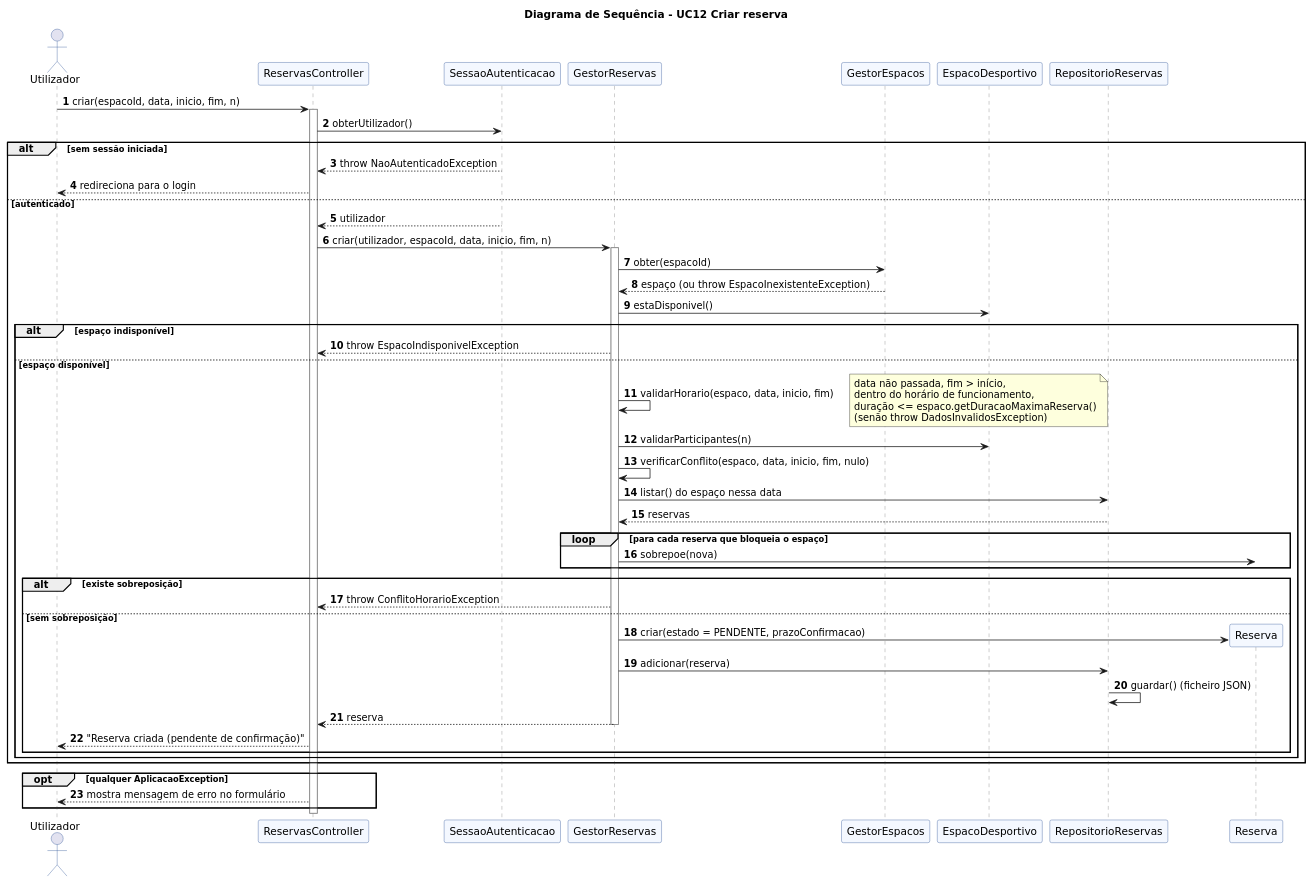
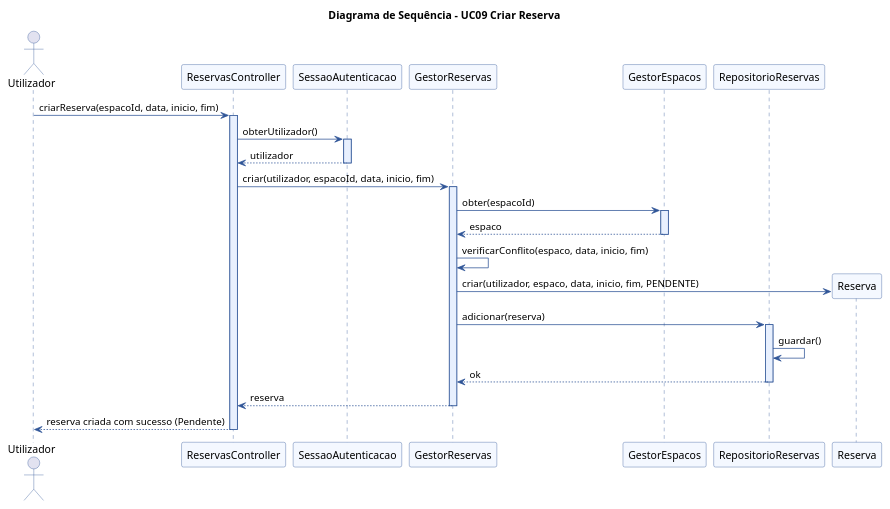
One commit to SilvaCDC297/ProjetoPOO changed the diagram in DA_JS_LP/E1/08_sequencia_criar_reserva.puml. Above: the diagram before and after it, drawn with PlantUML. The commit also changed 16 other files, not shown here.

```diff
--- a/DA_JS_LP/E1/08_sequencia_criar_reserva.puml
+++ b/DA_JS_LP/E1/08_sequencia_criar_reserva.puml
@@ -1,67 +1,54 @@
 @startuml
-title Diagrama de Sequência – UC12 Criar reserva
+title Diagrama de Sequência – UC09 Criar Reserva
 skinparam shadowing false
-skinparam defaultFontName DejaVu Sans
+skinparam defaultFontName "Segoe UI"
 skinparam sequence {
   ParticipantBackgroundColor #F4F8FF
   ParticipantBorderColor #2F5597
   ActorBorderColor #2F5597
-  LifeLineBorderColor #7F7F7F
+  LifeLineBorderColor #2F5597
+  LifeLineBackgroundColor #E8F0FE
+  ArrowColor #2F5597
 }
-autonumber
+
 actor Utilizador
 participant ReservasController
 participant SessaoAutenticacao
 participant GestorReservas
 participant GestorEspacos
-participant EspacoDesportivo
 participant RepositorioReservas
 participant Reserva
 
-Utilizador -> ReservasController : criar(espacoId, data, inicio, fim, n)
+Utilizador -> ReservasController : criarReserva(espacoId, data, inicio, fim)
 activate ReservasController
+
 ReservasController -> SessaoAutenticacao : obterUtilizador()
-alt sem sessão iniciada
-  SessaoAutenticacao --> ReservasController : throw NaoAutenticadoException
-  ReservasController --> Utilizador : redireciona para o login
-else autenticado
-  SessaoAutenticacao --> ReservasController : utilizador
-  ReservasController -> GestorReservas : criar(utilizador, espacoId, data, inicio, fim, n)
-  activate GestorReservas
-  GestorReservas -> GestorEspacos : obter(espacoId)
-  GestorEspacos --> GestorReservas : espaço (ou throw EspacoInexistenteException)
-  GestorReservas -> EspacoDesportivo : estaDisponivel()
-  alt espaço indisponível
-    GestorReservas --> ReservasController : throw EspacoIndisponivelException
-  else espaço disponível
-    GestorReservas -> GestorReservas : validarHorario(espaco, data, inicio, fim)
-    note right
-      data não passada, fim > início,
-      dentro do horário de funcionamento,
-      duração <= espaco.getDuracaoMaximaReserva()
-      (senão throw DadosInvalidosException)
-    end note
-    GestorReservas -> EspacoDesportivo : validarParticipantes(n)
-    GestorReservas -> GestorReservas : verificarConflito(espaco, data, inicio, fim, nulo)
-    GestorReservas -> RepositorioReservas : listar() do espaço nessa data
-    RepositorioReservas --> GestorReservas : reservas
-    loop para cada reserva que bloqueia o espaço
-      GestorReservas -> Reserva : sobrepoe(nova)
-    end
-    alt existe sobreposição
-      GestorReservas --> ReservasController : throw ConflitoHorarioException
-    else sem sobreposição
-      GestorReservas -> Reserva ** : criar(estado = PENDENTE, prazoConfirmacao)
-      GestorReservas -> RepositorioReservas : adicionar(reserva)
-      RepositorioReservas -> RepositorioReservas : guardar() (ficheiro JSON)
-      GestorReservas --> ReservasController : reserva
-      deactivate GestorReservas
-      ReservasController --> Utilizador : "Reserva criada (pendente de confirmação)"
-    end
-  end
-end
-opt qualquer AplicacaoException
-  ReservasController --> Utilizador : mostra mensagem de erro no formulário
-end
+activate SessaoAutenticacao
+SessaoAutenticacao --> ReservasController : utilizador
+deactivate SessaoAutenticacao
+
+ReservasController -> GestorReservas : criar(utilizador, espacoId, data, inicio, fim)
+activate GestorReservas
+
+GestorReservas -> GestorEspacos : obter(espacoId)
+activate GestorEspacos
+GestorEspacos --> GestorReservas : espaco
+deactivate GestorEspacos
+
+GestorReservas -> GestorReservas : verificarConflito(espaco, data, inicio, fim)
+
+GestorReservas -> Reserva ** : criar(utilizador, espaco, data, inicio, fim, PENDENTE)
+
+GestorReservas -> RepositorioReservas : adicionar(reserva)
+activate RepositorioReservas
+RepositorioReservas -> RepositorioReservas : guardar()
+RepositorioReservas --> GestorReservas : ok
+deactivate RepositorioReservas
+
+GestorReservas --> ReservasController : reserva
+deactivate GestorReservas
+
+ReservasController --> Utilizador : reserva criada com sucesso (Pendente)
 deactivate ReservasController
+
 @enduml
```
